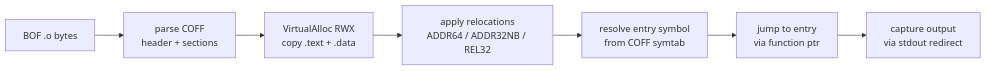
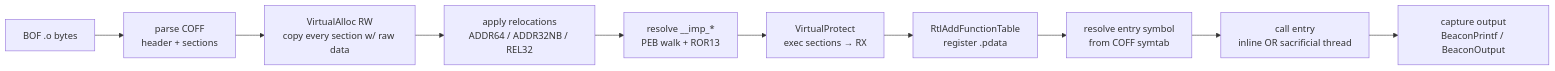
The diagram in docs/techniques/runtime/bof-loader.md (pucinopio/maldev), drawn with Mermaid before and after one commit. The commit also changed other lines of this file and 5 other files, not shown here.

First line of the commit message:
feat(runtime/bof): SetExecuteAsToken — pin sacrificial-thread identity + doc audit

````diff
--- a/docs/techniques/runtime/bof-loader.md
+++ b/docs/techniques/runtime/bof-loader.md
@@ -64,9 +68,12 @@
 ```mermaid
 flowchart LR
     INPUT[BOF .o bytes] --> PARSE[parse COFF<br>header + sections]
-    PARSE --> ALLOC[VirtualAlloc RWX<br>copy .text + .data]
+    PARSE --> ALLOC[VirtualAlloc RW<br>copy every section w/ raw data]
     ALLOC --> RELOC[apply relocations<br>ADDR64 / ADDR32NB / REL32]
-    RELOC --> SYM[resolve entry symbol<br>from COFF symtab]
-    SYM --> EXEC[jump to entry<br>via function ptr]
-    EXEC --> OUT[capture output<br>via stdout redirect]
+    RELOC --> IMP[resolve __imp_*<br>PEB walk + ROR13]
+    IMP --> FLIP[VirtualProtect<br>exec sections → RX]
+    FLIP --> SEH[RtlAddFunctionTable<br>register .pdata]
+    SEH --> SYM[resolve entry symbol<br>from COFF symtab]
+    SYM --> EXEC[call entry<br>inline OR sacrificial thread]
+    EXEC --> OUT[capture output<br>BeaconPrintf / BeaconOutput]
 ```
````
